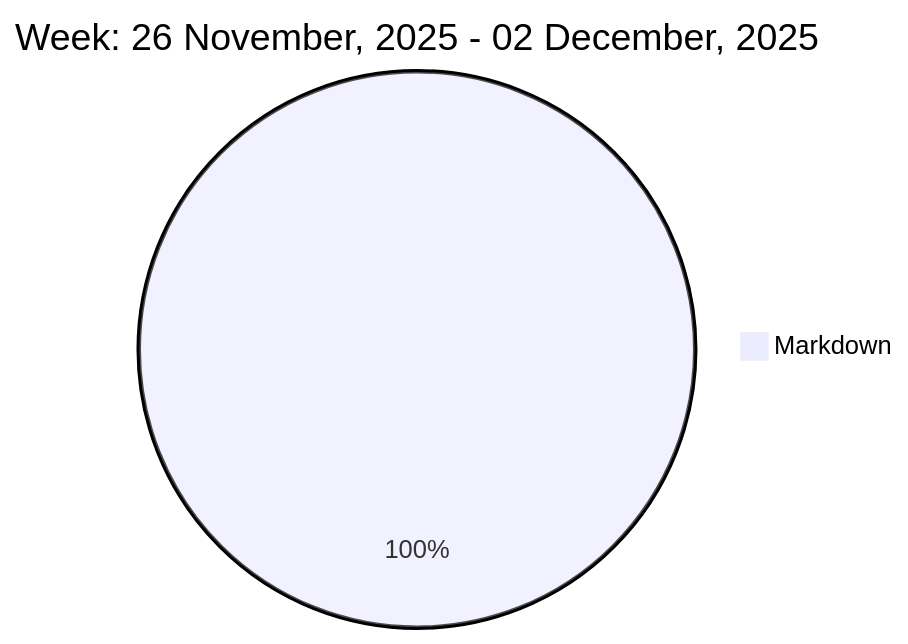
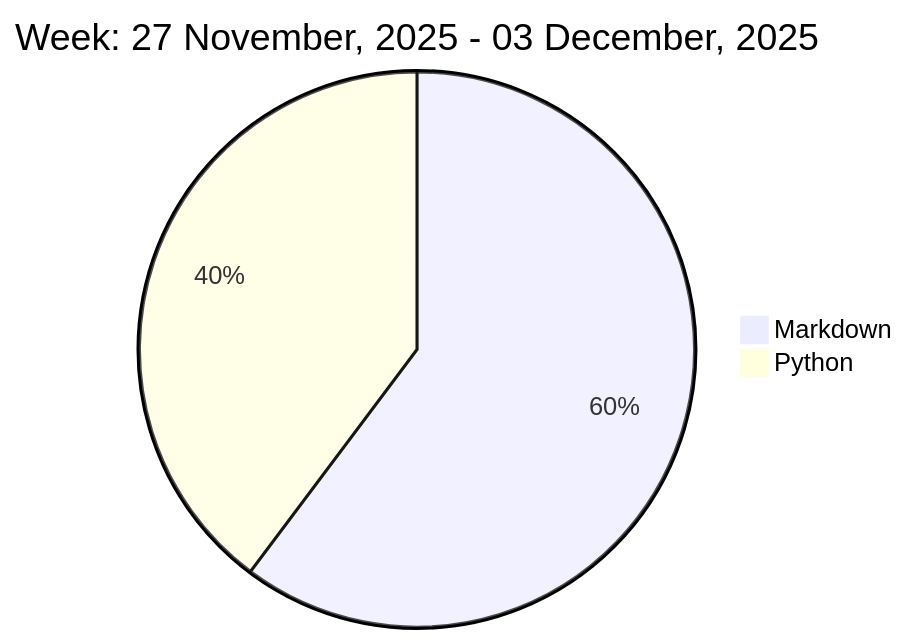
The diagram in README.md (liubin95/liubin95), drawn with Mermaid before and after one commit.

Commit message:
Updated the Graph with new Metrics

````diff
--- a/README.md
+++ b/README.md
@@ -37,5 +37,6 @@
 ```mermaid
  pie
-title Week: 26 November, 2025 - 02 December, 2025
- "Markdown" : 2.4
+title Week: 27 November, 2025 - 03 December, 2025
+ "Markdown" : 2.5
+ "Python" : 1.65
 ```
````
